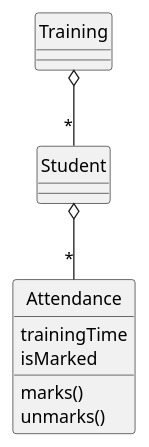
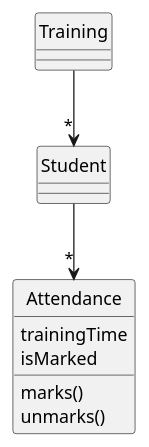
One commit to nus-cs2103-AY2021S1/tp changed the diagram in docs/diagrams/TrainingStudentAttendRS.puml. Above: the diagram before and after it, drawn with PlantUML. The commit also changed 1 other file, not shown here.

Commit message:
Update TrainingStudentAttend uml

```diff
--- a/docs/diagrams/TrainingStudentAttendRS.puml
+++ b/docs/diagrams/TrainingStudentAttendRS.puml
@@ -1,20 +1,20 @@
 @startuml
 hide circle
 
 Class Training {
 }
 
 Class Student {
 }
 
 Class Attendance {
 trainingTime
 isMarked
 marks()
 unmarks()
 }
 
-Training o-- "*" Student
-Student o-- "*" Attendance
+Training --> "*" Student
+Student --> "*" Attendance
 
 @enduml
```
